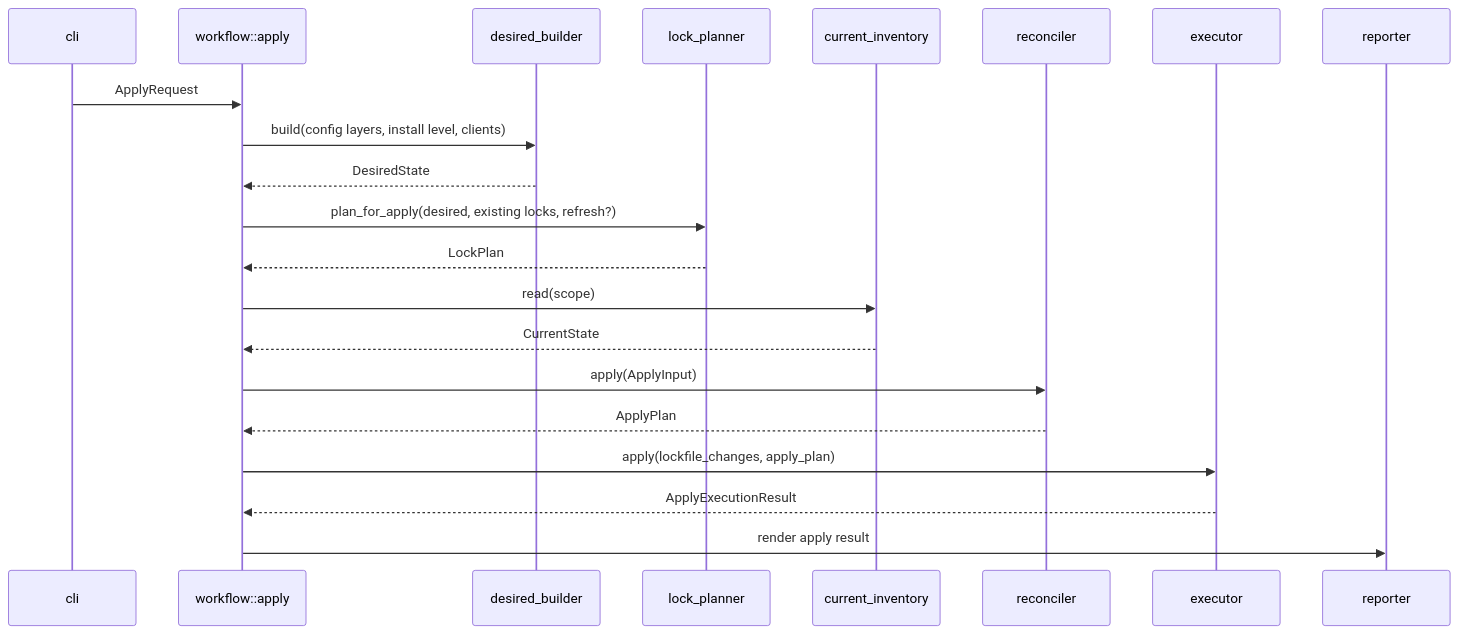
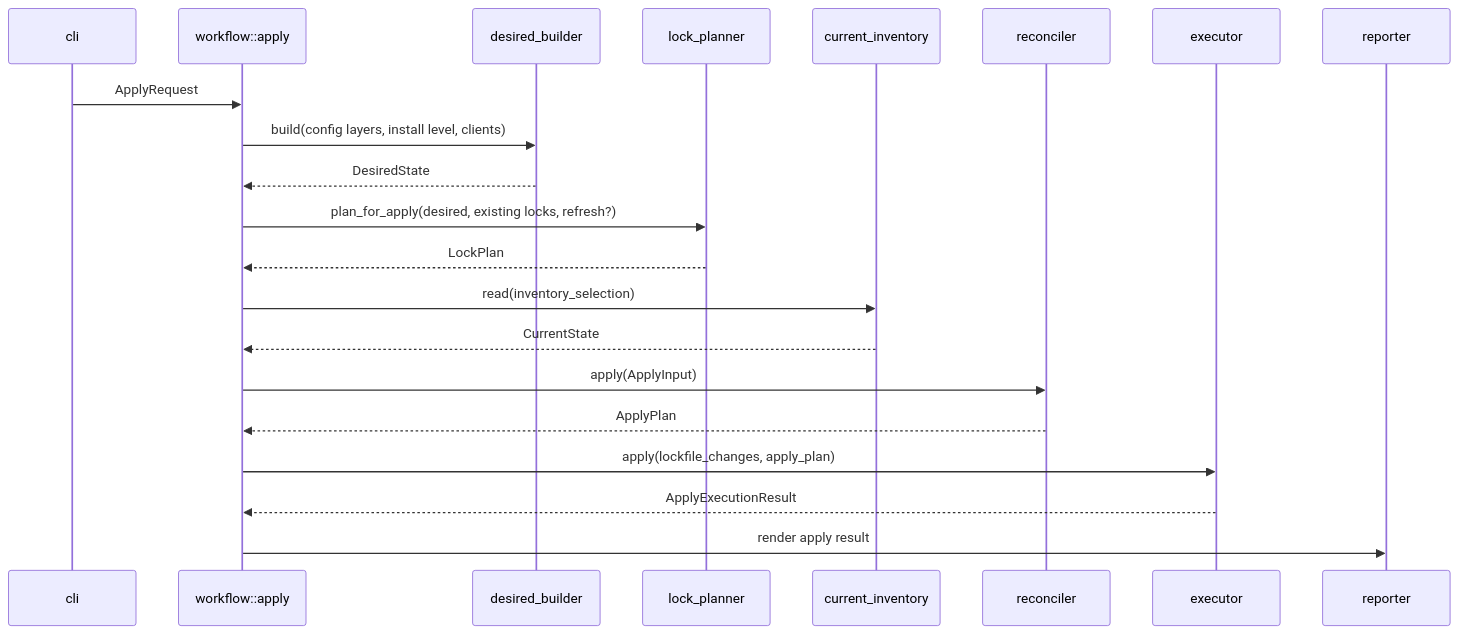
The sixth of 6 diagrams in docs/design-v1.md (big-sw-little-sw/agentcfg), drawn with Mermaid before and after one commit. The commit also changed other lines of this file and 9 other files, not shown here.

````diff
--- a/docs/design-v1.md
+++ b/docs/design-v1.md
@@ -528,24 +550,24 @@
 ```mermaid
 sequenceDiagram
     participant CLI as cli
     participant UseCase as workflow::apply
     participant Desired as desired_builder
     participant Lock as lock_planner
     participant Inventory as current_inventory
     participant Reconciler as reconciler
     participant Executor as executor
     participant Reporter as reporter
 
     CLI->>UseCase: ApplyRequest
     UseCase->>Desired: build(config layers, install level, clients)
     Desired-->>UseCase: DesiredState
     UseCase->>Lock: plan_for_apply(desired, existing locks, refresh?)
     Lock-->>UseCase: LockPlan
-    UseCase->>Inventory: read(scope)
+    UseCase->>Inventory: read(inventory_selection)
     Inventory-->>UseCase: CurrentState
     UseCase->>Reconciler: apply(ApplyInput)
     Reconciler-->>UseCase: ApplyPlan
     UseCase->>Executor: apply(lockfile_changes, apply_plan)
     Executor-->>UseCase: ApplyExecutionResult
     UseCase->>Reporter: render apply result
 ```
````
